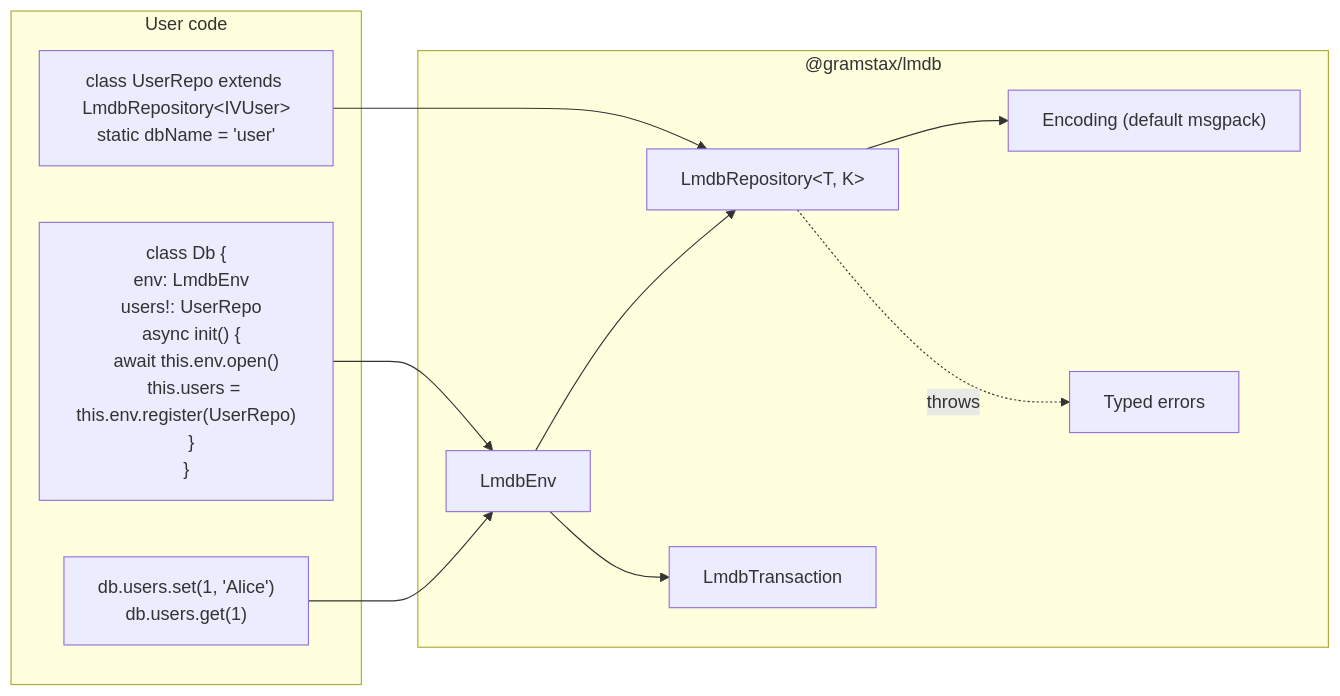
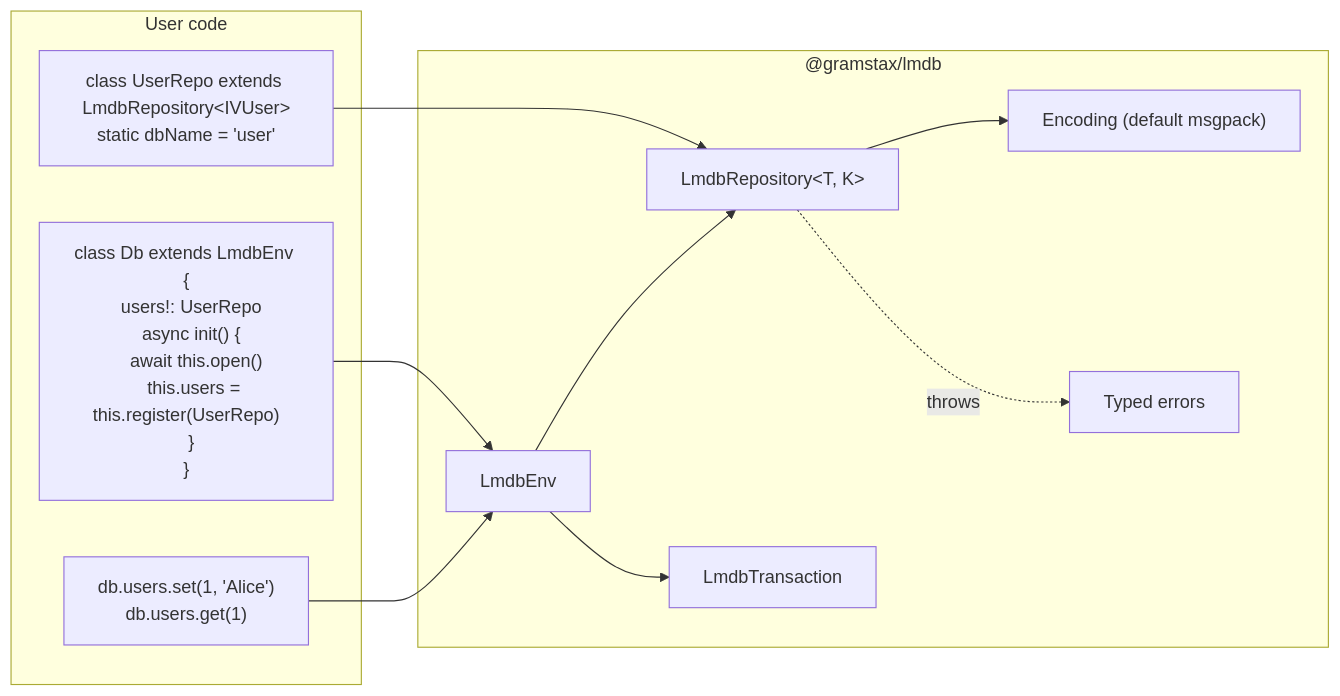
One commit to gramstax/gramstax changed the second of 3 diagrams in packages/lmdb/README.md. Above: the diagram before and after it, drawn with Mermaid. The commit also changed other lines of this file, not shown here.

First line of the commit message:
docs(lmdb): align README with actual extends + direct properties pattern

````diff
--- a/packages/lmdb/README.md
+++ b/packages/lmdb/README.md
@@ -140,24 +139,24 @@
 ```mermaid
 flowchart LR
     subgraph User["User code"]
         Define["class UserRepo extends LmdbRepository&lt;IVUser&gt;<br/>static dbName = 'user'"]
-        register["class Db {<br/>  env: LmdbEnv<br/>  users!: UserRepo<br/>  async init() {<br/>    await this.env.open()<br/>    this.users = this.env.register(UserRepo)<br/>  }<br/>}"]
+        register["class Db extends LmdbEnv {<br/>  users!: UserRepo<br/>  async init() {<br/>    await this.open()<br/>    this.users = this.register(UserRepo)<br/>  }<br/>}"]
         Use["db.users.set(1, 'Alice')<br/>db.users.get(1)"]
     end
 
     subgraph Framework["@gramstax/lmdb"]
         Env["LmdbEnv"]
         Repo["LmdbRepository&lt;T, K&gt;"]
         Tx["LmdbTransaction"]
         Codec["Encoding (default msgpack)"]
         Errors["Typed errors"]
     end
 
     Define --> Repo
     register --> Env
     Use --> Env
     Env --> Repo
     Repo --> Codec
     Env --> Tx
     Repo -.throws.-> Errors
 ```
````
